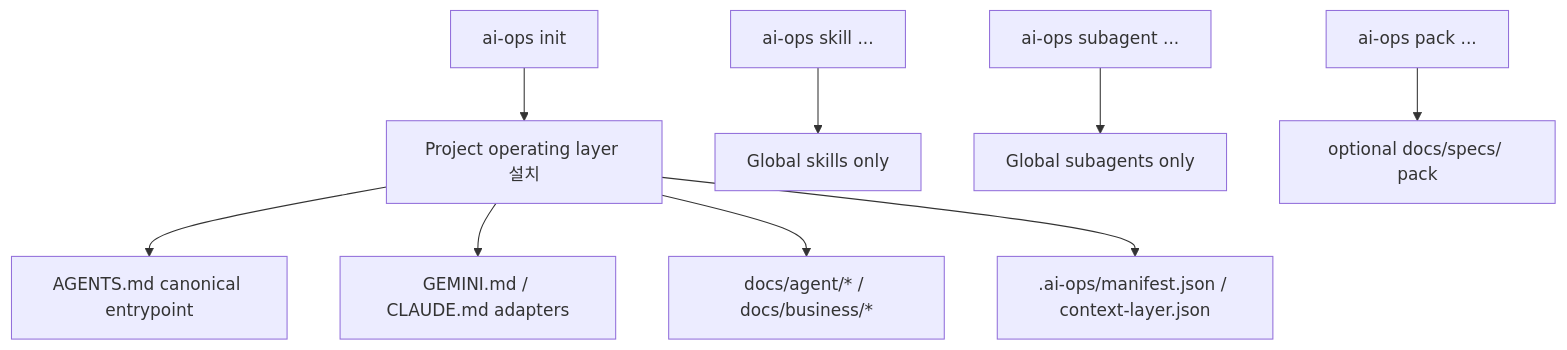
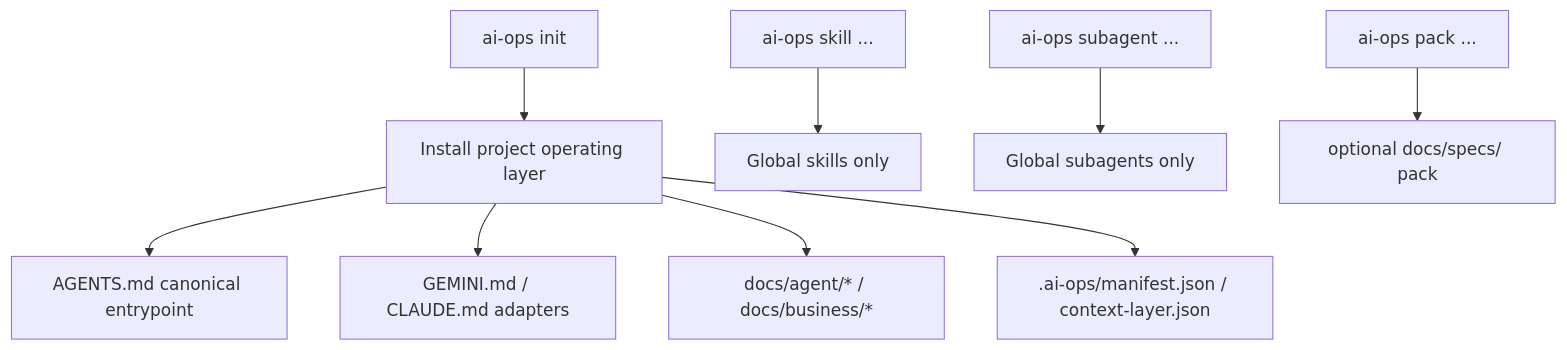
Before and after one commit to MincheolC/ai-ops-cli: the diagram in apps/cli/README.md, drawn with Mermaid. The commit also changed other lines of this file and 10 other files, not shown here.

````diff
--- a/apps/cli/README.md
+++ b/apps/cli/README.md
@@ -9,12 +11,12 @@
 ```mermaid
 flowchart TD
-  init["ai-ops init"] --> layer["Project operating layer 설치"]
+  init["ai-ops init"] --> layer["Install project operating layer"]
   layer --> entry["AGENTS.md canonical entrypoint"]
   layer --> adapters["GEMINI.md / CLAUDE.md adapters"]
   layer --> docs["docs/agent/* / docs/business/*"]
   layer --> state[".ai-ops/manifest.json / context-layer.json"]
 
   skill["ai-ops skill ..."] --> globalSkills["Global skills only"]
   subagent["ai-ops subagent ..."] --> globalSubagents["Global subagents only"]
   pack["ai-ops pack ..."] --> docsSpecs["optional docs/specs/ pack"]
 ```
````
